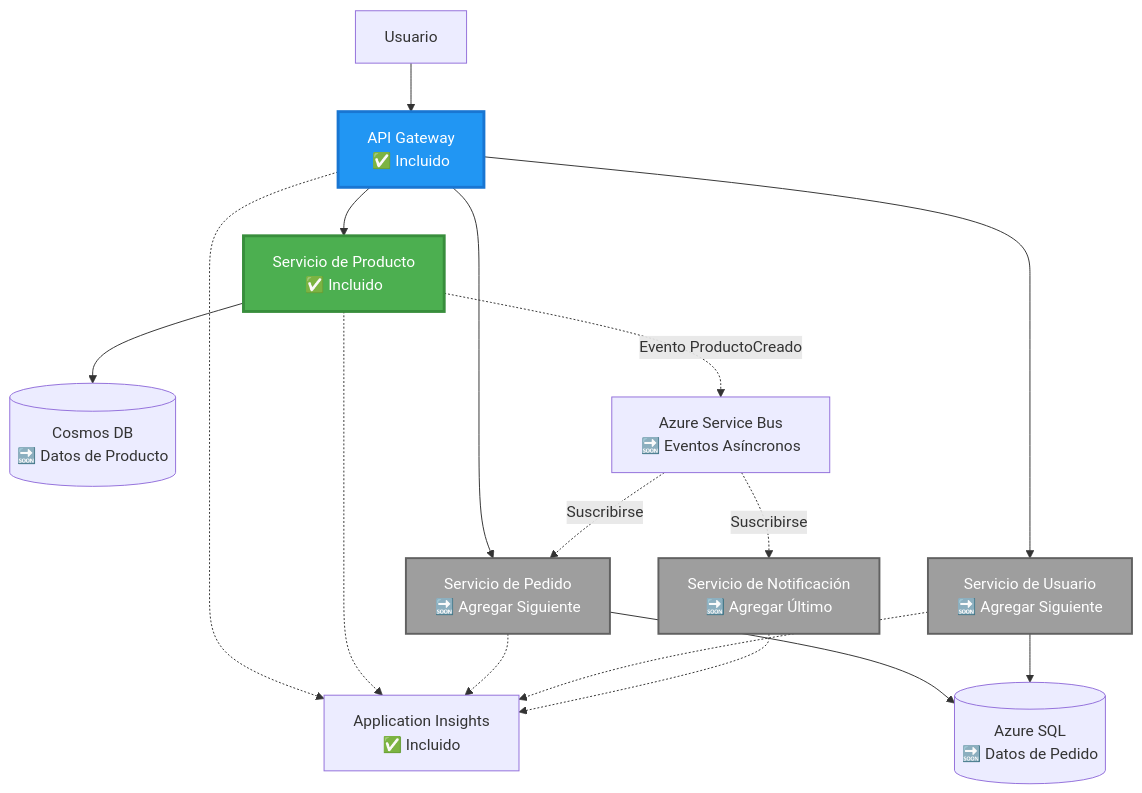
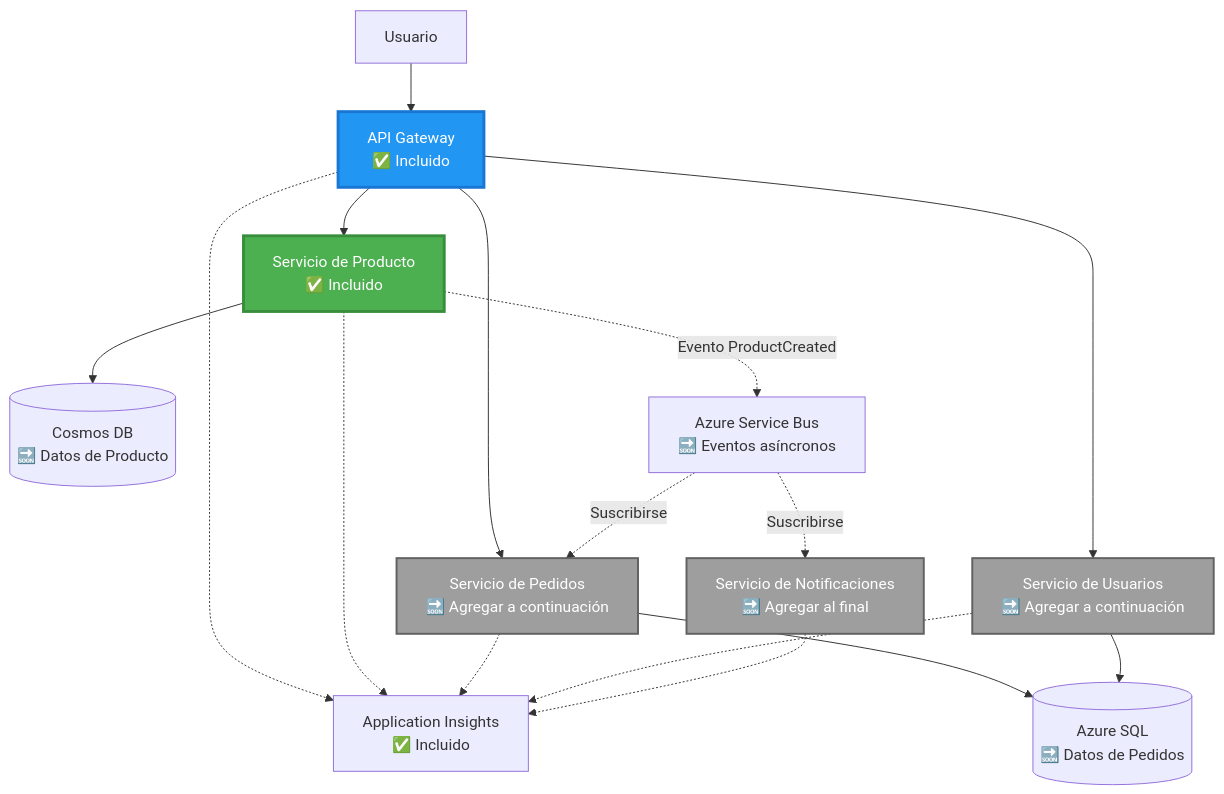
The second of 4 diagrams in translations/es/examples/microservices/README.md (microsoft/AZD-for-beginners), drawn with Mermaid before and after one commit. The commit also changed other lines of this file and 282 other files, not shown here.

````diff
--- a/translations/es/examples/microservices/README.md
+++ b/translations/es/examples/microservices/README.md
@@ -78,39 +69,39 @@
 ```mermaid
 graph TB
     User[Usuario]
     Gateway[API Gateway<br/>✅ Incluido]
     Product[Servicio de Producto<br/>✅ Incluido]
-    Order[Servicio de Pedido<br/>🔜 Agregar Siguiente]
-    UserSvc[Servicio de Usuario<br/>🔜 Agregar Siguiente]
-    Notify[Servicio de Notificación<br/>🔜 Agregar Último]
+    Order[Servicio de Pedidos<br/>🔜 Agregar a continuación]
+    UserSvc[Servicio de Usuarios<br/>🔜 Agregar a continuación]
+    Notify[Servicio de Notificaciones<br/>🔜 Agregar al final]
     
     CosmosDB[(Cosmos DB<br/>🔜 Datos de Producto)]
-    AzureSQL[(Azure SQL<br/>🔜 Datos de Pedido)]
-    ServiceBus[Azure Service Bus<br/>🔜 Eventos Asíncronos]
+    AzureSQL[(Azure SQL<br/>🔜 Datos de Pedidos)]
+    ServiceBus[Azure Service Bus<br/>🔜 Eventos asíncronos]
     AppInsights[Application Insights<br/>✅ Incluido]
     
     User --> Gateway
     Gateway --> Product
     Gateway --> Order
     Gateway --> UserSvc
     
     Product --> CosmosDB
     Order --> AzureSQL
     UserSvc --> AzureSQL
     
-    Product -.->|Evento ProductoCreado| ServiceBus
+    Product -.->|Evento ProductCreated| ServiceBus
     ServiceBus -.->|Suscribirse| Notify
     ServiceBus -.->|Suscribirse| Order
     
     Gateway -.-> AppInsights
     Product -.-> AppInsights
     Order -.-> AppInsights
     UserSvc -.-> AppInsights
     Notify -.-> AppInsights
     
     style Product fill:#4CAF50,stroke:#388E3C,stroke-width:3px,color:#fff
     style Gateway fill:#2196F3,stroke:#1976D2,stroke-width:3px,color:#fff
     style Order fill:#9E9E9E,stroke:#616161,stroke-width:2px,color:#fff
     style UserSvc fill:#9E9E9E,stroke:#616161,stroke-width:2px,color:#fff
     style Notify fill:#9E9E9E,stroke:#616161,stroke-width:2px,color:#fff
 ```
````
